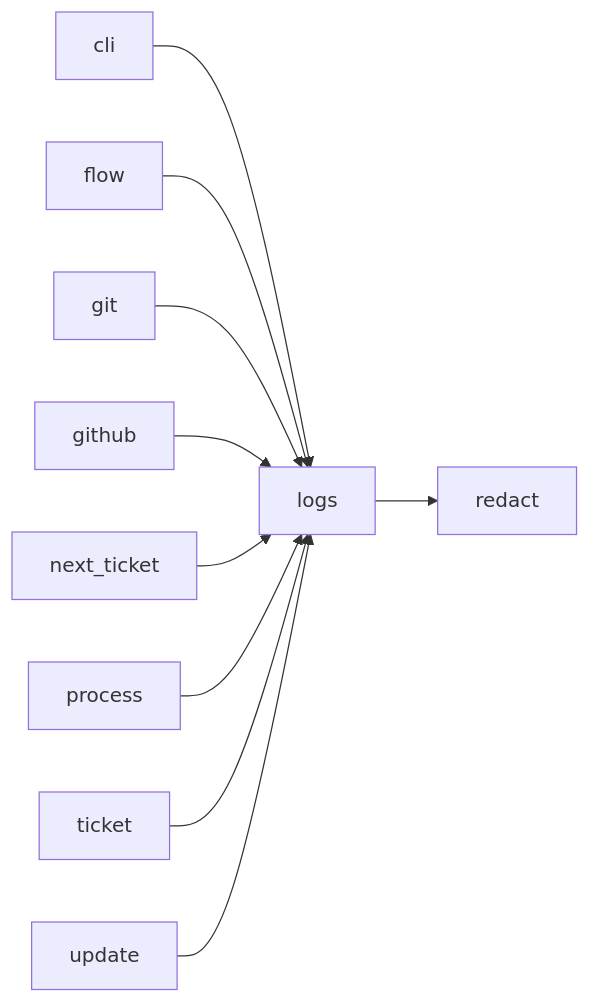
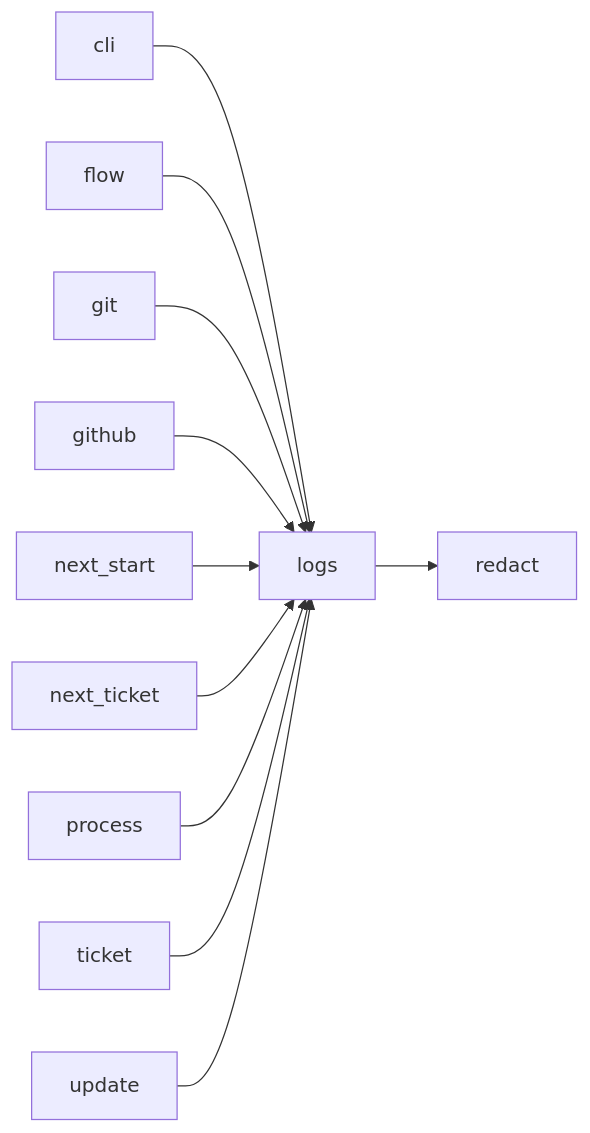
The third of 3 diagrams in docs/architecture/modules/logs.md (plaplanche/ariane), drawn with Mermaid before and after one commit. The commit also changed 27 other files, not shown here.

````diff
--- a/docs/architecture/modules/logs.md
+++ b/docs/architecture/modules/logs.md
@@ -91,12 +91,13 @@
 ```mermaid
 flowchart LR
   cli --> logs
   flow --> logs
   git --> logs
   github --> logs
   logs --> redact
+  next_start --> logs
   next_ticket --> logs
   process --> logs
   ticket --> logs
   update --> logs
 ```
````
